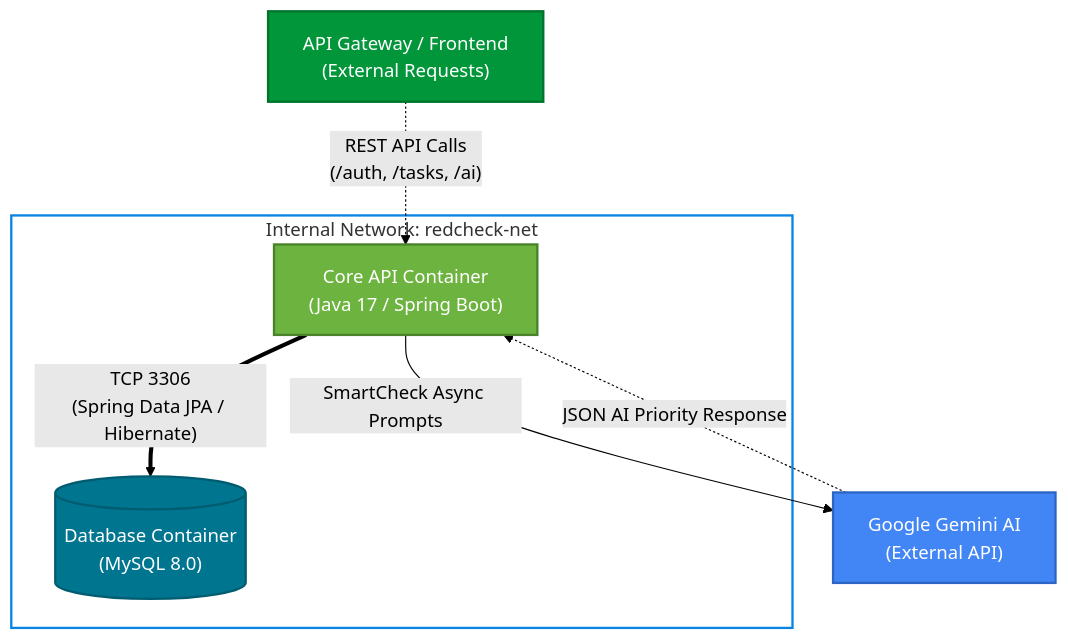
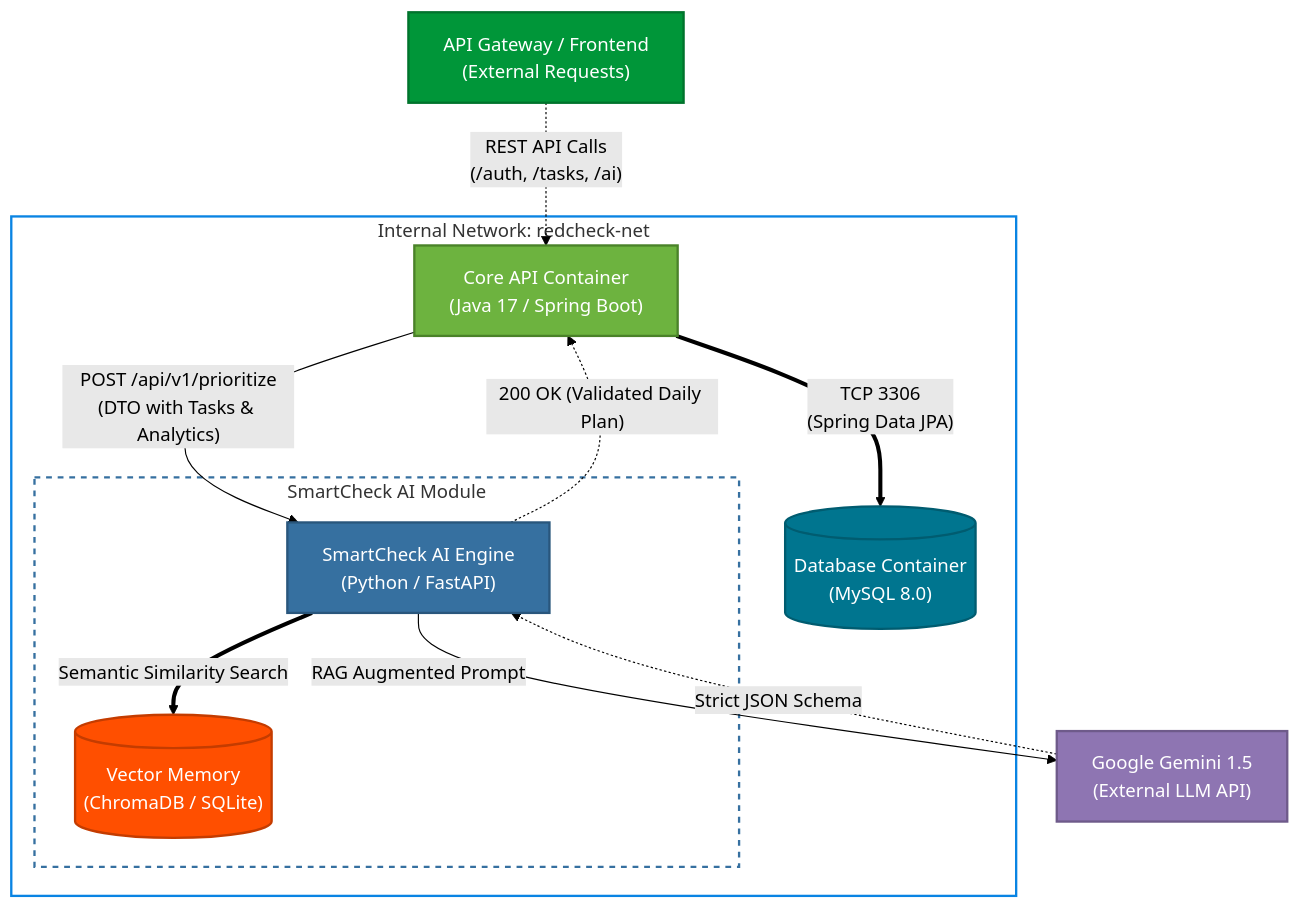
One commit to redcheckapp/redcheck-backend changed the diagram in README.md. Above: the diagram before and after it, drawn with Mermaid (forest theme).

Commit message:
feat: Revise README architecture diagram and details
Updated the architecture diagram in the README to reflect changes in the AI module and external API details.

````diff
--- a/README.md
+++ b/README.md
@@ -83,25 +83,38 @@
 ```mermaid
 graph TD
     %% Node Styles
     classDef proxy fill:#009639,stroke:#00732c,stroke-width:2px,color:#fff;
     classDef backend fill:#6DB33F,stroke:#4a8229,stroke-width:2px,color:#fff;
+    classDef aiengine fill:#3670A0,stroke:#29567c,stroke-width:2px,color:#fff;
     classDef db fill:#00758F,stroke:#005c70,stroke-width:2px,color:#fff;
-    classDef external fill:#4285F4,stroke:#2b66c4,stroke-width:2px,color:#fff;
+    classDef vector fill:#FF4F00,stroke:#c43c00,stroke-width:2px,color:#fff;
+    classDef external fill:#8E75B2,stroke:#6e5a8a,stroke-width:2px,color:#fff;
 
     Gateway["API Gateway / Frontend<br>(External Requests)"]:::proxy
-    Gemini["Google Gemini AI<br>(External API)"]:::external
+    Gemini["Google Gemini 1.5<br>(External LLM API)"]:::external
 
     %% Backend Isolation Network
     subgraph DockerNet ["Internal Network: redcheck-net"]
         style DockerNet fill:none,stroke:#0984e3,stroke-width:2px
         
         Spring["Core API Container<br>(Java 17 / Spring Boot)"]:::backend
         MySQL[("Database Container<br>(MySQL 8.0)")]:::db
+
+        %% SmartCheck AI Sub-module
+        subgraph AIModule ["SmartCheck AI Module"]
+            style AIModule fill:none,stroke:#3670A0,stroke-width:2px,stroke-dasharray: 5 5
+            
+            SmartCheck["SmartCheck AI Engine<br>(Python / FastAPI)"]:::aiengine
+            ChromaDB[("Vector Memory<br>(ChromaDB / SQLite)")]:::vector
+        end
     end
 
     %% Flow
     Gateway -. "REST API Calls<br>(/auth, /tasks, /ai)" .-> Spring
-    Spring == "TCP 3306<br>(Spring Data JPA / Hibernate)" ==> MySQL
-    Spring -- "SmartCheck Async Prompts" --> Gemini
-    Gemini -. "JSON AI Priority Response" .-> Spring
+    Spring == "TCP 3306<br>(Spring Data JPA)" ==> MySQL
+    Spring -- "POST /api/v1/prioritize<br>(DTO with Tasks & Analytics)" --> SmartCheck
+    SmartCheck == "Semantic Similarity Search" ==> ChromaDB
+    SmartCheck -- "RAG Augmented Prompt" --> Gemini
+    Gemini -. "Strict JSON Schema" .-> SmartCheck
+    SmartCheck -. "200 OK (Validated Daily Plan)" .-> Spring
 ```
````
